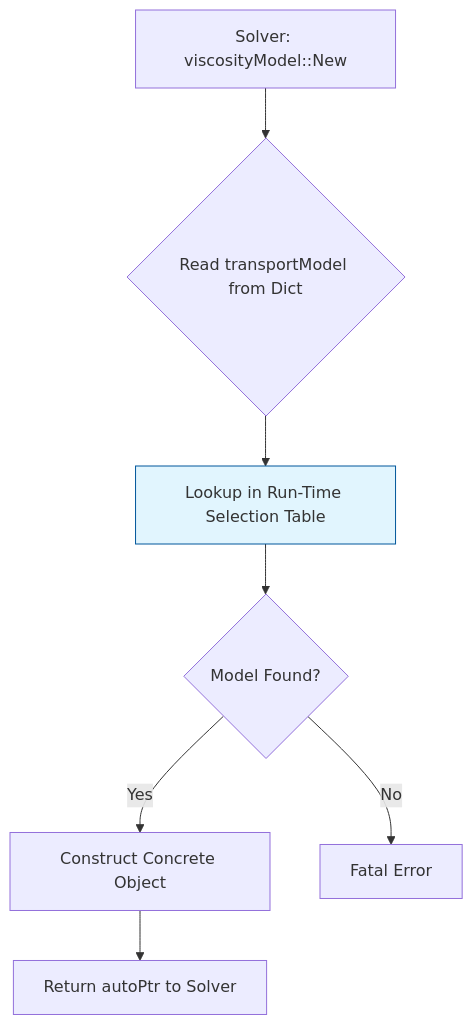
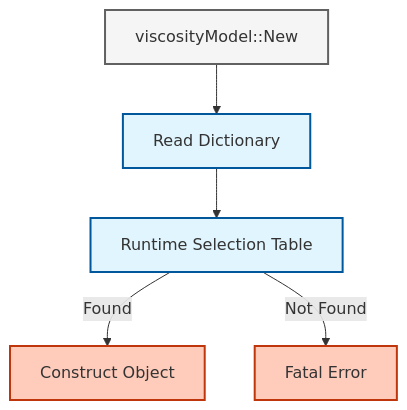
Before and after one commit to wramet/build-my-cfd: the second of 2 diagrams in MODULE_06_ADVANCED_PHYSICS/CONTENT/04_NON_NEWTONIAN_FLUIDS/03_OpenFOAM_Architecture.md, drawn with Mermaid. The commit also changed other lines of this file and 313 other files, not shown here.

Commit message:
Revise all diagram

````diff
--- a/MODULE_06_ADVANCED_PHYSICS/CONTENT/04_NON_NEWTONIAN_FLUIDS/03_OpenFOAM_Architecture.md
+++ b/MODULE_06_ADVANCED_PHYSICS/CONTENT/04_NON_NEWTONIAN_FLUIDS/03_OpenFOAM_Architecture.md
@@ -173,11 +176,15 @@
 ```mermaid
 graph TD
-    A[Solver: viscosityModel::New] --> B{Read transportModel from Dict}
-    B --> C[Lookup in Run-Time Selection Table]
-    C --> D{Model Found?}
-    D -- Yes --> E[Construct Concrete Object]
-    D -- No --> F[Fatal Error]
-    E --> G[Return autoPtr to Solver]
+classDef implicit fill:#e1f5fe,stroke:#01579b,stroke-width:2px
+classDef explicit fill:#ffccbc,stroke:#bf360c,stroke-width:2px
+classDef context fill:#f5f5f5,stroke:#616161,stroke-width:2px
+Call["viscosityModel::New"]:::context
+Read["Read Dictionary"]:::implicit
+Table["Runtime Selection Table"]:::implicit
+Create["Construct Object"]:::explicit
+Error["Fatal Error"]:::explicit
 
-    style C fill:#e1f5fe,stroke:#01579b
+Call --> Read --> Table
+Table -- Found --> Create
+Table -- Not Found --> Error
 ```
````
